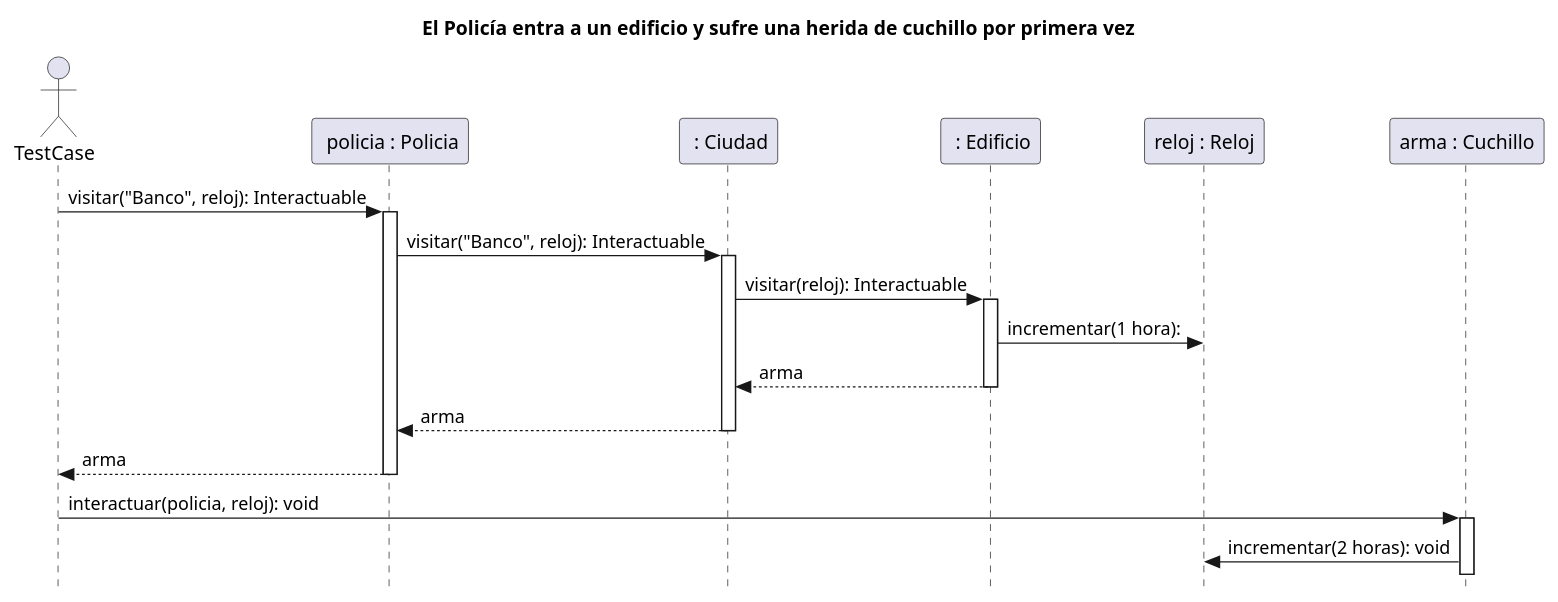
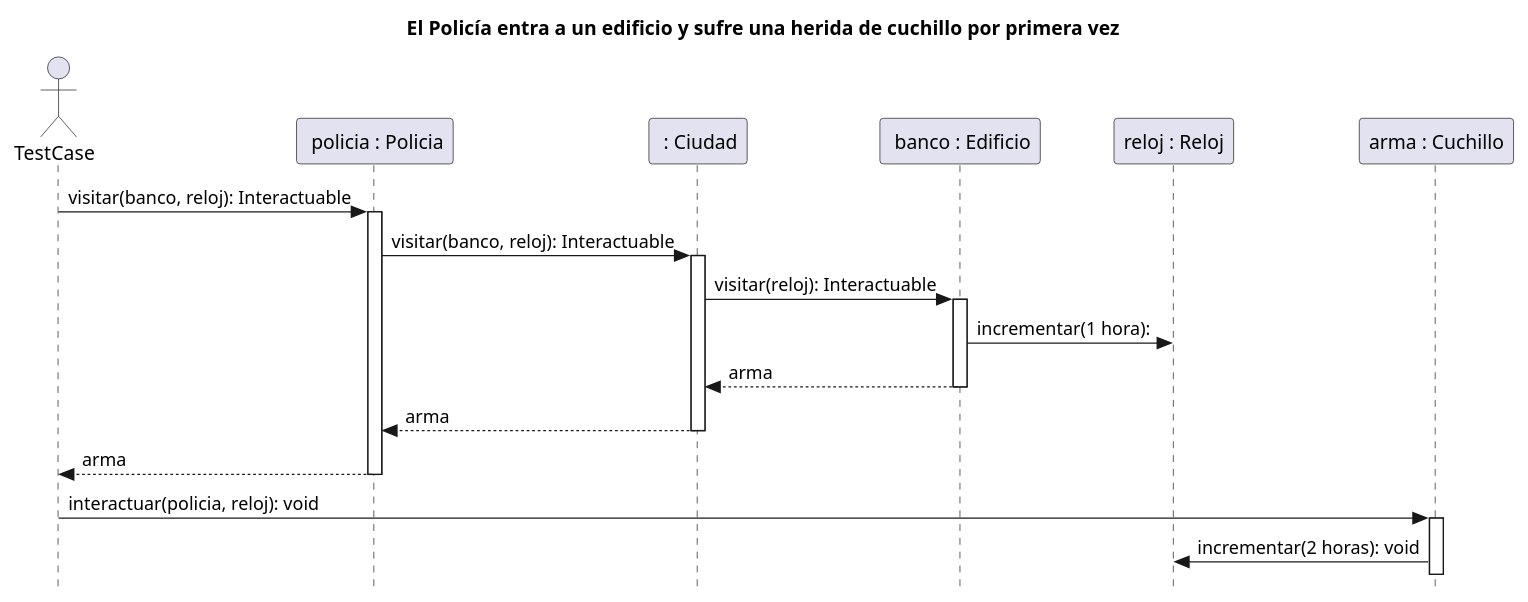
The diagram in diagrams/sequences/JugadorSufreHeridaDeCuchillo.puml (martinanus/algo3_tp2), drawn with PlantUML before and after one commit. The commit also changed 7 other files, not shown here.

Commit message:
Actualización diagramas UML

```diff
--- a/diagrams/sequences/JugadorSufreHeridaDeCuchillo.puml
+++ b/diagrams/sequences/JugadorSufreHeridaDeCuchillo.puml
@@ -1,26 +1,26 @@
 @startuml
 skinparam style strictuml
 title:  El Policía entra a un edificio y sufre una herida de cuchillo por primera vez
 actor TestCase
 
 participant " policia : Policia" as policia
 participant " : Ciudad" as ciudad
-participant " : Edificio" as banco
+participant " banco : Edificio" as banco
 participant "reloj : Reloj" as reloj
 participant "arma : Cuchillo" as arma
 
-TestCase -> policia: visitar("Banco", reloj): Interactuable
+TestCase -> policia: visitar(banco, reloj): Interactuable
 activate policia
-policia -> ciudad: visitar("Banco", reloj): Interactuable
+policia -> ciudad: visitar(banco, reloj): Interactuable
 activate ciudad
 ciudad -> banco: visitar(reloj): Interactuable
 activate banco
 banco -> reloj: incrementar(1 hora):
 return arma
 return arma
 return arma
 TestCase -> arma: interactuar(policia, reloj): void
 activate arma
 arma -> reloj: incrementar(2 horas): void
 
 @enduml
```
